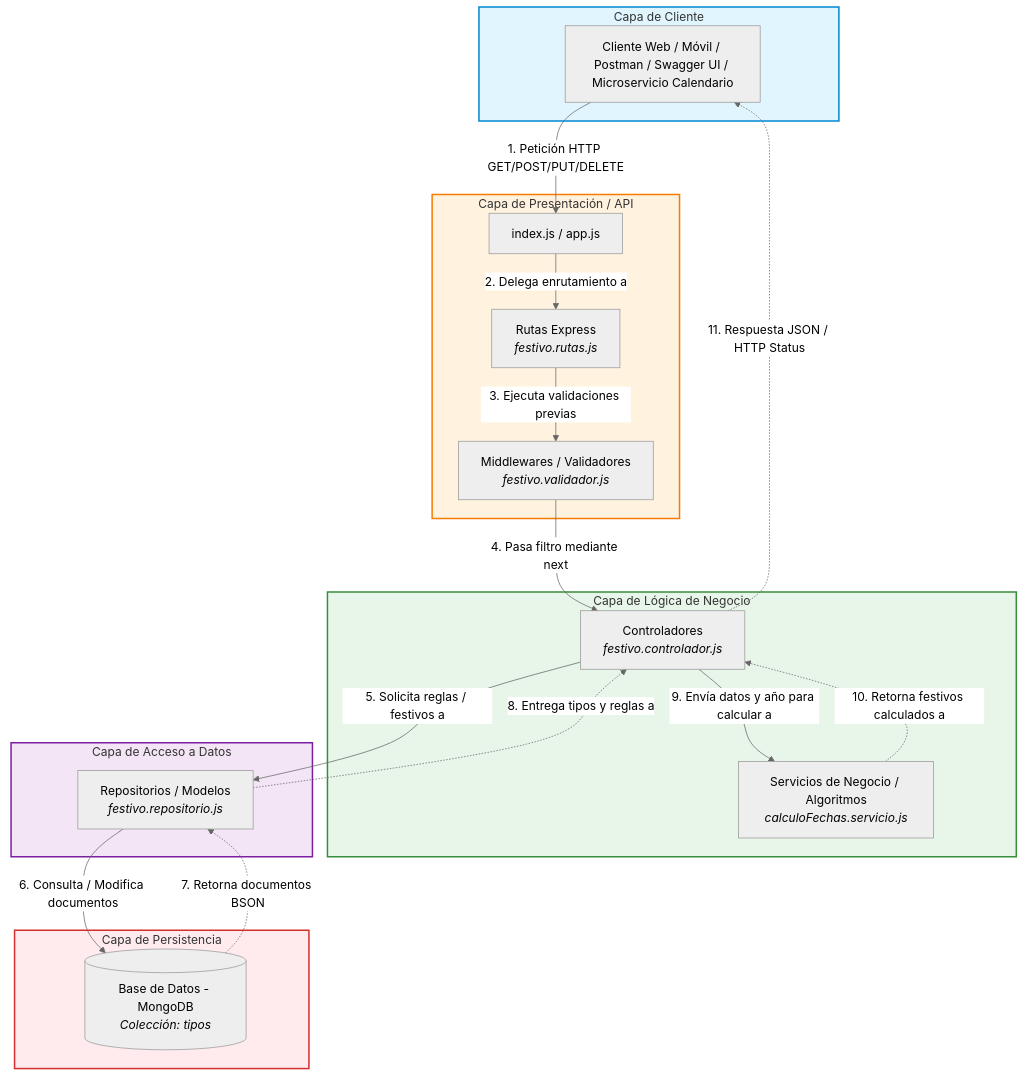
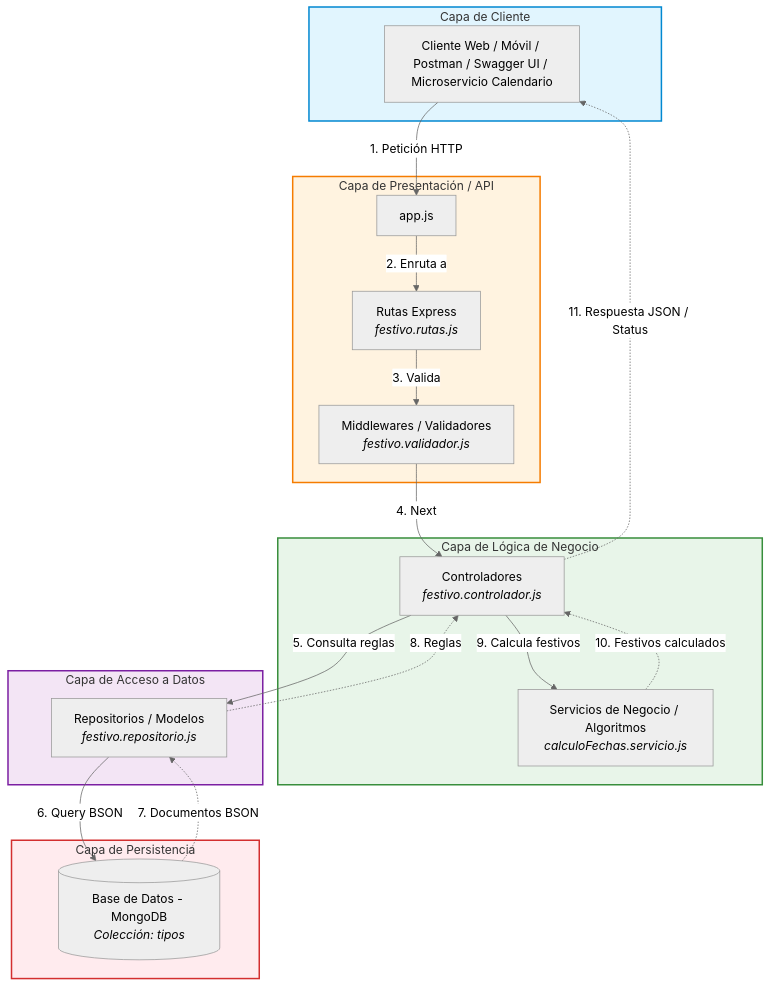
One commit to CamiloO15H/arquitectura-api-festivos changed the fourth of 4 diagrams in README.md. Above: the diagram before and after it, drawn with Mermaid (neutral theme). The commit also changed other lines of this file, not shown here.

Commit message:
docs: reorganizar README priorizando Tercer Seguimiento (implementacion API Festivos)

````diff
--- a/README.md
+++ b/README.md
@@ -75,52 +294,43 @@
 ```mermaid
 graph TD
-    %% Capa de Cliente / Presentación Externa
     subgraph ClientLayer [Capa de Cliente]
         Client[Cliente Web / Móvil / Postman / Swagger UI / Microservicio Calendario]
     end
 
-    %% Capa de Presentación / API Gateway Local
     subgraph PresentationLayer [Capa de Presentación / API]
-        Index[index.js / app.js]
+        Index[app.js]
         Routes[Rutas Express<br/><i>festivo.rutas.js</i>]
         Validators[Middlewares / Validadores<br/><i>festivo.validador.js</i>]
     end
 
-    %% Capa de Lógica de Negocio
     subgraph BusinessLayer [Capa de Lógica de Negocio]
         Controllers[Controladores<br/><i>festivo.controlador.js</i>]
         Services[Servicios de Negocio / Algoritmos<br/><i>calculoFechas.servicio.js</i>]
     end
 
-    %% Capa de Acceso a Datos
     subgraph DataAccessLayer [Capa de Acceso a Datos]
         Repositories[Repositorios / Modelos<br/><i>festivo.repositorio.js</i>]
     end
 
-    %% Capa de Persistencia
     subgraph PersistenceLayer [Capa de Persistencia]
         DB[(Base de Datos - MongoDB<br/><i>Colección: tipos</i>)]
     end
 
-    %% Flujo de la Petición (Request)
-    Client -->|1. Petición HTTP GET/POST/PUT/DELETE| Index
-    Index -->|2. Delega enrutamiento a| Routes
-    Routes -->|3. Ejecuta validaciones previas| Validators
-    Validators -->|4. Pasa filtro mediante next| Controllers
-    Controllers -->|5. Solicita reglas / festivos a| Repositories
-    Repositories -->|6. Consulta / Modifica documentos| DB
+    Client -->|1. Petición HTTP| Index
+    Index -->|2. Enruta a| Routes
+    Routes -->|3. Valida| Validators
+    Validators -->|4. Next| Controllers
+    Controllers -->|5. Consulta reglas| Repositories
+    Repositories -->|6. Query BSON| DB
+    DB -.->|7. Documentos BSON| Repositories
+    Repositories -.->|8. Reglas| Controllers
+    Controllers -->|9. Calcula festivos| Services
+    Services -.->|10. Festivos calculados| Controllers
+    Controllers -.->|11. Respuesta JSON / Status| Client
 
-    %% Flujo de la Respuesta (Response) y Cálculo de Negocio
-    DB -.->|7. Retorna documentos BSON| Repositories
-    Repositories -.->|8. Entrega tipos y reglas a| Controllers
-    Controllers -->|9. Envía datos y año para calcular a| Services
-    Services -.->|10. Retorna festivos calculados a| Controllers
-    Controllers -.->|11. Respuesta JSON / HTTP Status| Client
-
-    %% Estilos de Nodos
     style ClientLayer fill:#e1f5fe,stroke:#0288d1,stroke-width:2px
     style PresentationLayer fill:#fff3e0,stroke:#f57c00,stroke-width:2px
     style BusinessLayer fill:#e8f5e9,stroke:#388e3c,stroke-width:2px
     style DataAccessLayer fill:#f3e5f5,stroke:#7b1fa2,stroke-width:2px
     style PersistenceLayer fill:#ffebee,stroke:#d32f2f,stroke-width:2px
 ```
````
